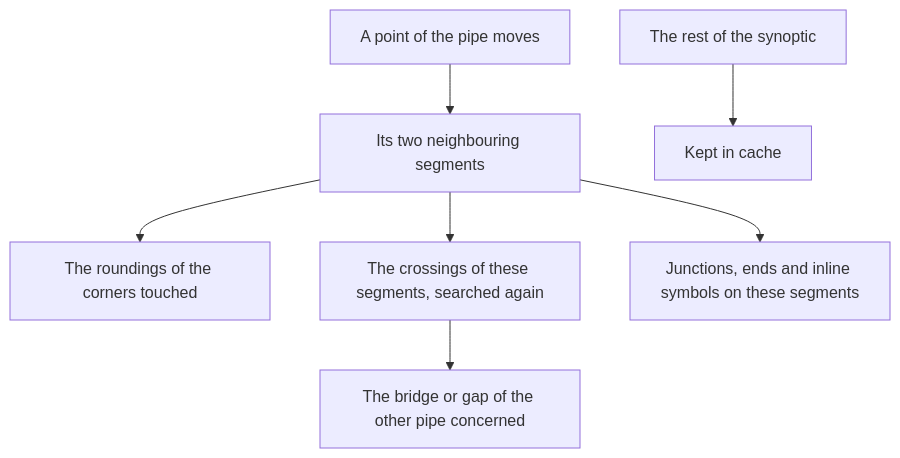
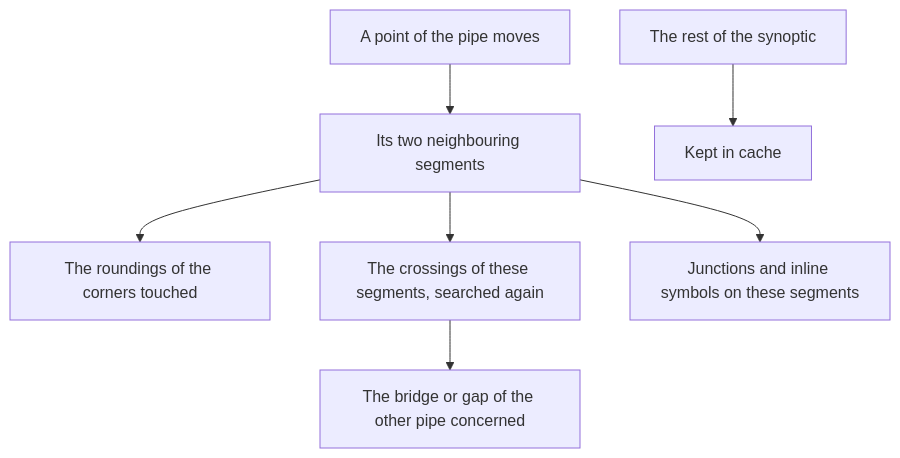
The second of 2 diagrams in symbols/pipes/README.md (AlexandreGallais/synoptic-studio-spec), drawn with Mermaid before and after one commit. The commit also changed other lines of this file and 16 other files, not shown here.

````diff
--- a/symbols/pipes/README.md
+++ b/symbols/pipes/README.md
@@ -124,9 +124,9 @@
 ```mermaid
 flowchart TD
     M["A point of the pipe moves"] --> A["Its two neighbouring segments"]
     A --> B["The roundings of the corners touched"]
     A --> C["The crossings of these segments, searched again"]
-    A --> D["Junctions, ends and inline symbols on these segments"]
+    A --> D["Junctions and inline symbols on these segments"]
     C --> F["The bridge or gap of the other pipe concerned"]
     X["The rest of the synoptic"] --> K["Kept in cache"]
 ```
````
